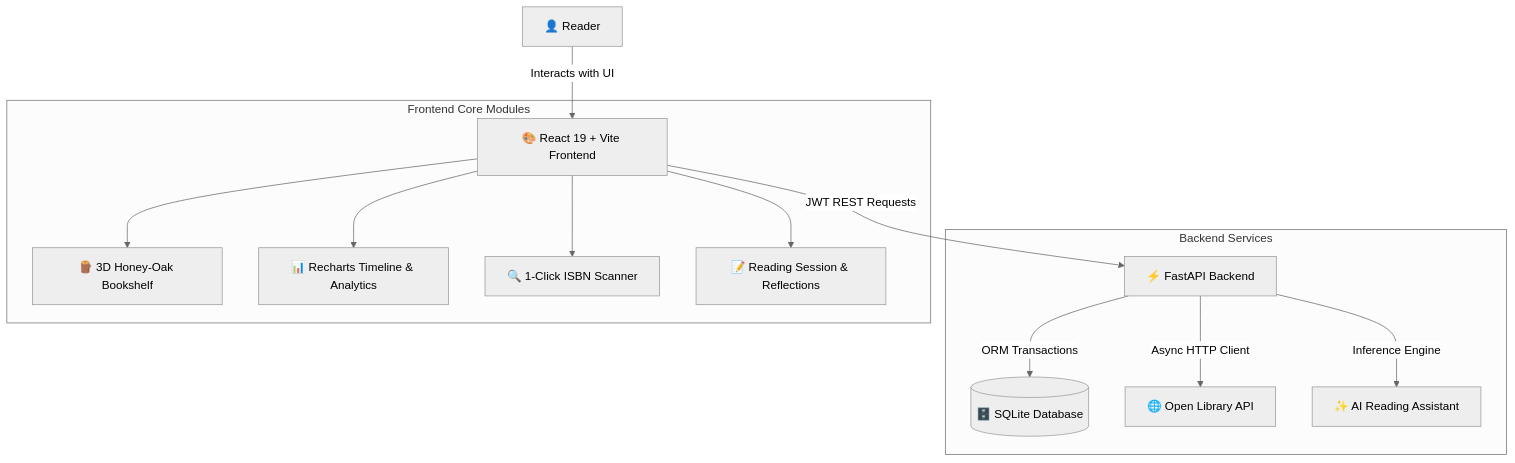
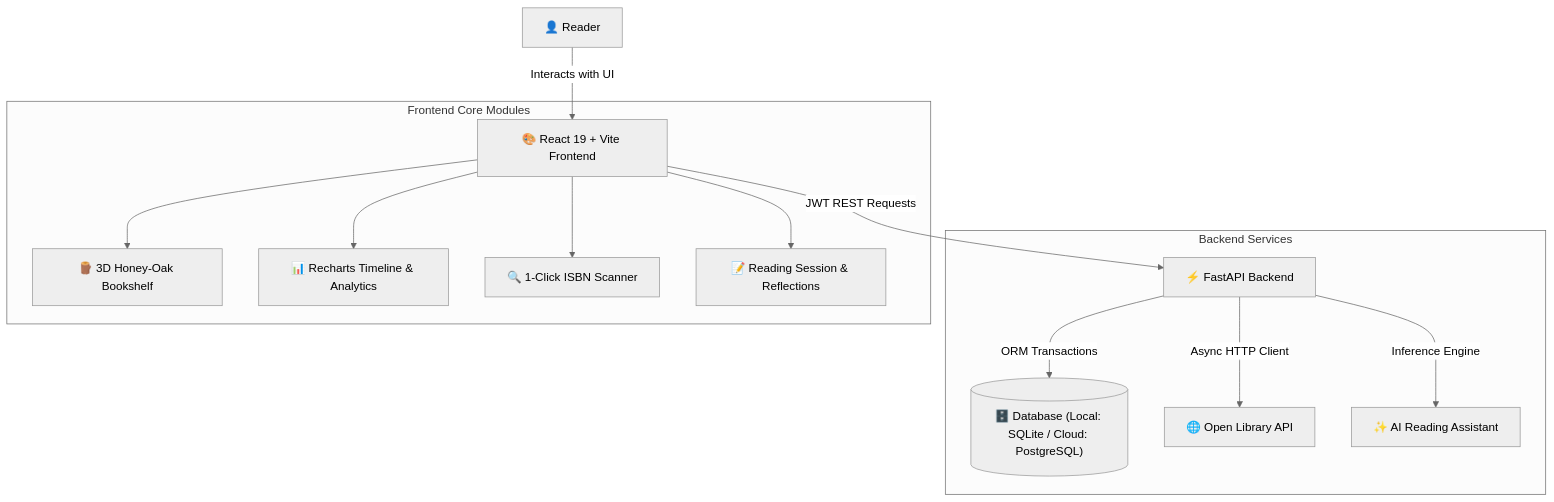
Before and after one commit to sruthijj/Book-Buddy: the diagram in README.md, drawn with Mermaid (neutral theme). The commit also changed other lines of this file, not shown here.

Commit message:
docs: update README to reflect PostgreSQL cloud database support alongside SQLite

````diff
--- a/README.md
+++ b/README.md
@@ -16,18 +16,18 @@
 ```mermaid
 graph TD
     User["👤 Reader"] -->|"Interacts with UI"| Frontend["🎨 React 19 + Vite Frontend"]
     Frontend -->|"JWT REST Requests"| API["⚡ FastAPI Backend"]
     
     subgraph BackendServices["Backend Services"]
-        API -->|"ORM Transactions"| DB[("🗄️ SQLite Database")]
+        API -->|"ORM Transactions"| DB[("🗄️ Database (Local: SQLite / Cloud: PostgreSQL)")]
         API -->|"Async HTTP Client"| OpenLibrary["🌐 Open Library API"]
         API -->|"Inference Engine"| AI["✨ AI Reading Assistant"]
     end
 
     subgraph FrontendModules["Frontend Core Modules"]
         Frontend --> Shelf["🪵 3D Honey-Oak Bookshelf"]
         Frontend --> Stats["📊 Recharts Timeline & Analytics"]
         Frontend --> ISBN["🔍 1-Click ISBN Scanner"]
         Frontend --> Modal["📝 Reading Session & Reflections"]
     end
 ```
````
